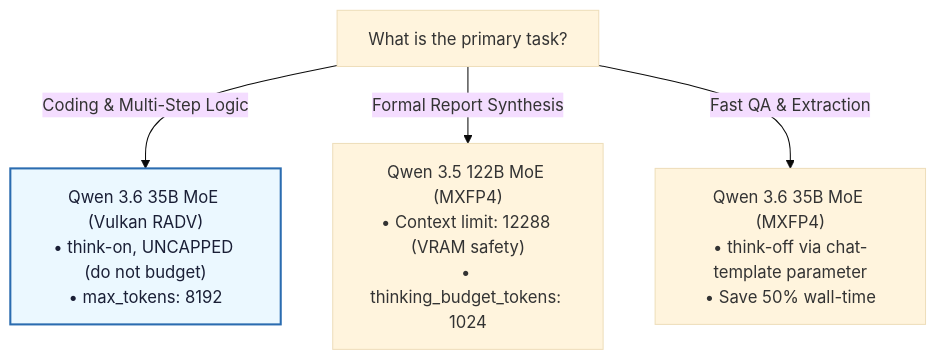
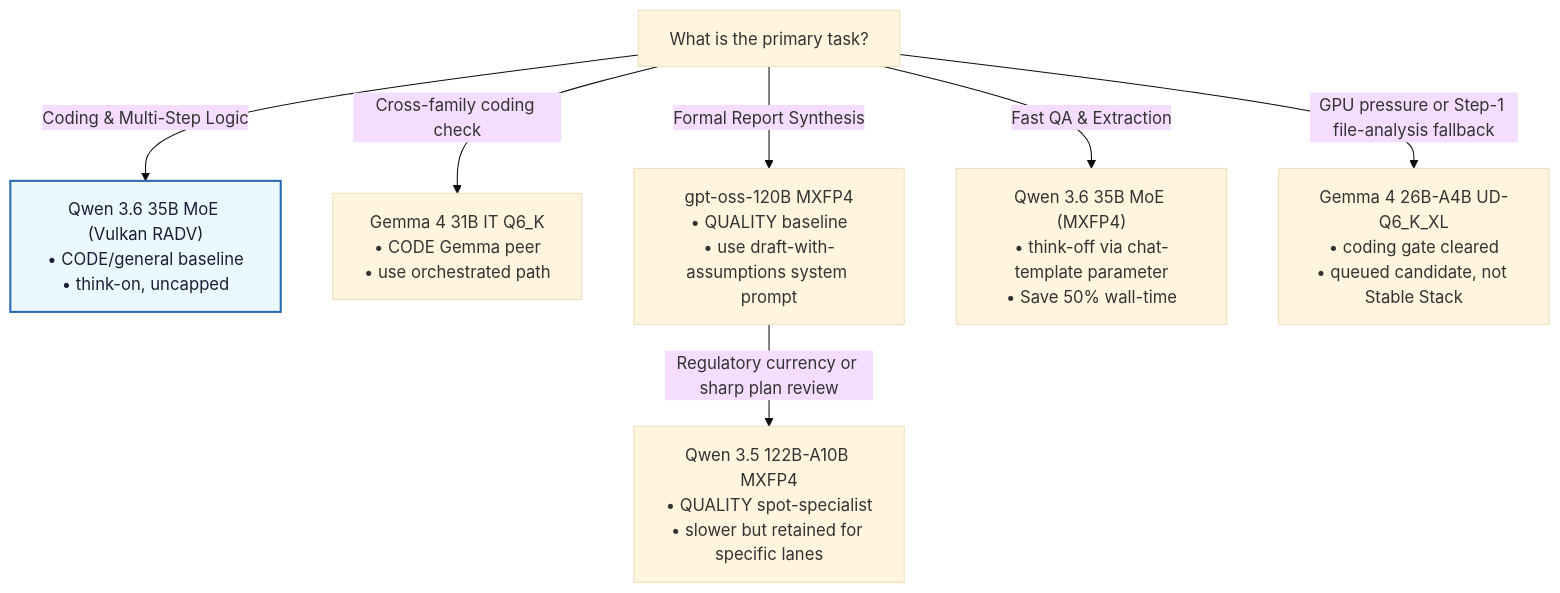
The diagram in reference/decision-tree.md (boxwrench/tesla_agent), drawn with Mermaid (base theme) before and after one commit. The commit also changed other lines of this file and 19 other files, not shown here.

````diff
--- a/reference/decision-tree.md
+++ b/reference/decision-tree.md
@@ -5,11 +5,17 @@
 ```mermaid
 graph TD
     Start["What is the primary task?"]
     
-    Start -->|Coding & Multi-Step Logic| Code["Qwen 3.6 35B MoE (Vulkan RADV)<br/>• think-on, UNCAPPED (do not budget)<br/>• max_tokens: 8192"]
+    Start -->|Coding & Multi-Step Logic| Code["Qwen 3.6 35B MoE (Vulkan RADV)<br/>• CODE/general baseline<br/>• think-on, uncapped"]
     style Code fill:#ebf8ff,stroke:#2b6cb0,stroke-width:2px,color:#1a1f36
+
+    Start -->|Cross-family coding check| GemmaCode["Gemma 4 31B IT Q6_K<br/>• CODE Gemma peer<br/>• use orchestrated path"]
     
-    Start -->|Formal Report Synthesis| Synth["Qwen 3.5 122B MoE (MXFP4)<br/>• Context limit: 12288 (VRAM safety)<br/>• thinking_budget_tokens: 1024"]
+    Start -->|Formal Report Synthesis| Synth["gpt-oss-120B MXFP4<br/>• QUALITY baseline<br/>• use draft-with-assumptions system prompt"]
+
+    Synth -->|Regulatory currency or sharp plan review| Specialist["Qwen 3.5 122B-A10B MXFP4<br/>• QUALITY spot-specialist<br/>• slower but retained for specific lanes"]
     
     Start -->|Fast QA & Extraction| Ext["Qwen 3.6 35B MoE (MXFP4)<br/>• think-off via chat-template parameter<br/>• Save 50% wall-time"]
+
+    Start -->|GPU pressure or Step-1 file-analysis fallback| Queued["Gemma 4 26B-A4B UD-Q6_K_XL<br/>• coding gate cleared<br/>• queued candidate, not Stable Stack"]
 ```
````
